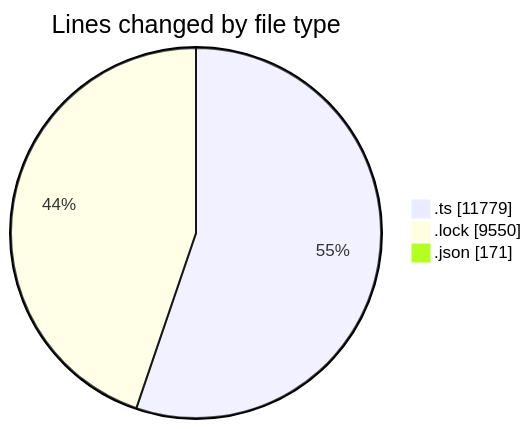
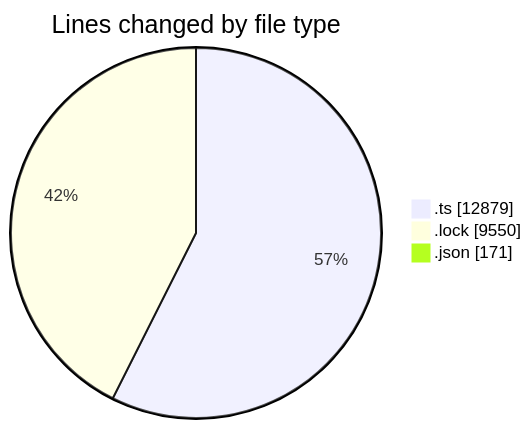
One commit to momahboobian/code-tracking changed the first of 2 diagrams in 2025-10-30/cda/README.md. Above: the diagram before and after it, drawn with Mermaid. The commit also changed other lines of this file and 1 other file, not shown here.

````diff
--- a/2025-10-30/cda/README.md
+++ b/2025-10-30/cda/README.md
@@ -28,7 +28,7 @@
 ```mermaid
 pie showData
 title Lines changed by file type
-".ts" : 11779
+".ts" : 12879
 ".lock" : 9550
 ".json" : 171
 ```
````
